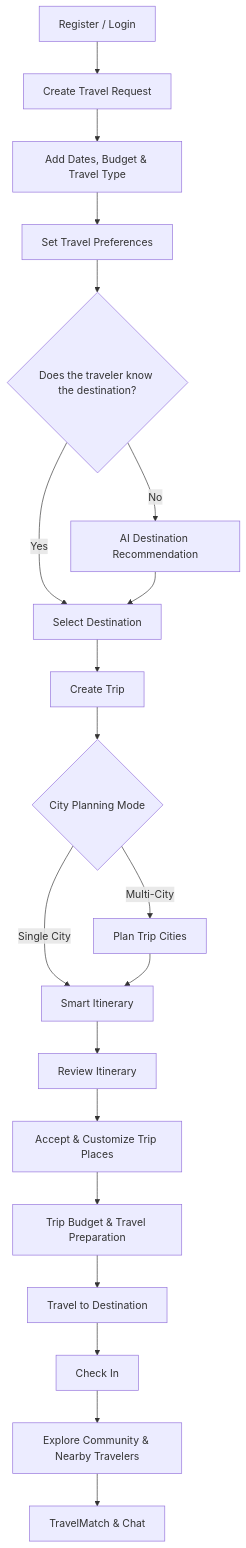
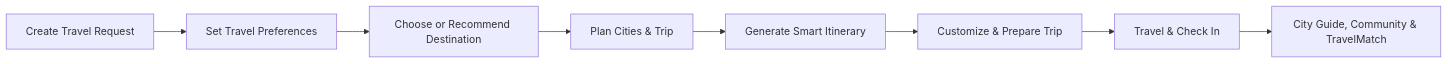
Before and after one commit to RazanAlmadan/SahilDarbak: the first of 2 diagrams in README.md, drawn with Mermaid. The commit also changed other lines of this file, not shown here.

````diff
--- a/README.md
+++ b/README.md
@@ -129,42 +81,18 @@
 ```mermaid
-flowchart TD
+flowchart LR
 
-    A[Register / Login]
-    --> B[Create Travel Request]
+    A[Create Travel Request]
+    --> B[Set Travel Preferences]
 
-    B --> C[Add Dates, Budget & Travel Type]
+    B --> C[Choose or Recommend Destination]
 
-    C --> D[Set Travel Preferences]
+    C --> D[Plan Cities & Trip]
 
-    D --> E{Does the traveler know the destination?}
+    D --> E[Generate Smart Itinerary]
 
-    E -->|No| F[AI Destination Recommendation]
+    E --> F[Customize & Prepare Trip]
 
-    E -->|Yes| G[Select Destination]
+    F --> G[Travel & Check In]
 
-    F --> G
-
-    G --> H[Create Trip]
-
-    H --> I{City Planning Mode}
-
-    I -->|Single City| K[Smart Itinerary]
-
-    I -->|Multi-City| J[Plan Trip Cities]
-
-    J --> K
-
-    K --> L[Review Itinerary]
-
-    L --> M[Accept & Customize Trip Places]
-
-    M --> N[Trip Budget & Travel Preparation]
-
-    N --> O[Travel to Destination]
-
-    O --> P[Check In]
-
-    P --> Q[Explore Community & Nearby Travelers]
-
-    Q --> R[TravelMatch & Chat]
+    G --> H[City Guide, Community & TravelMatch]
 ```
````
